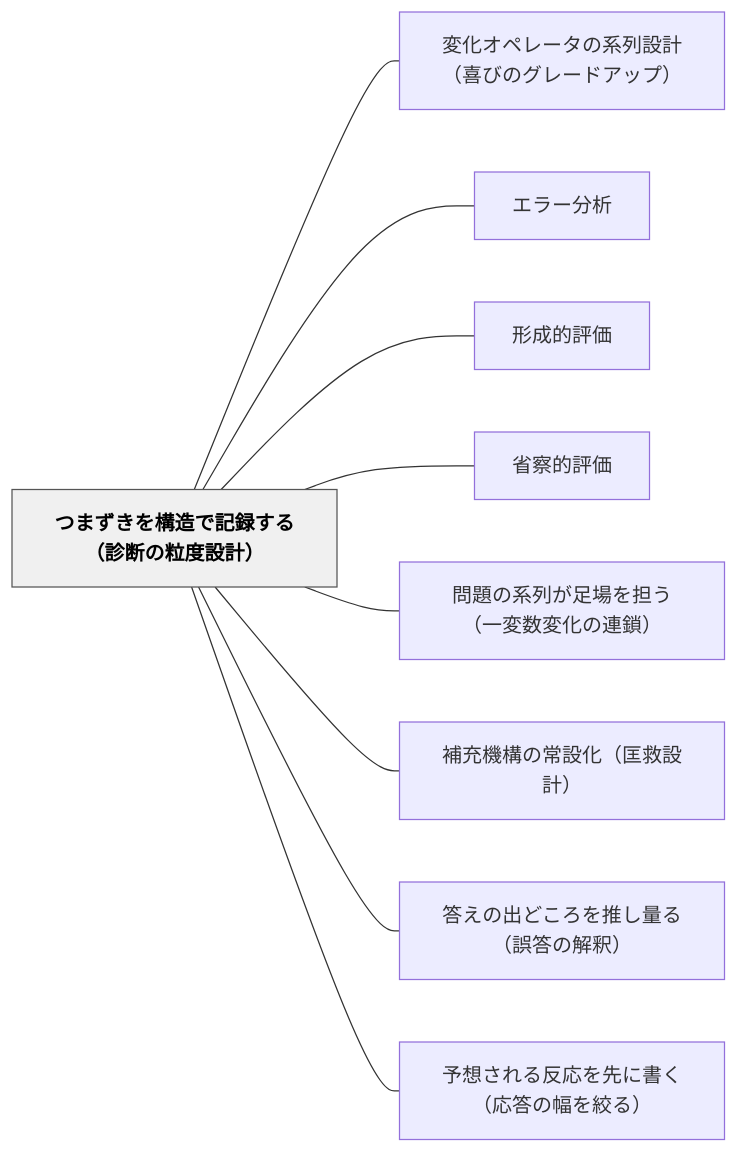
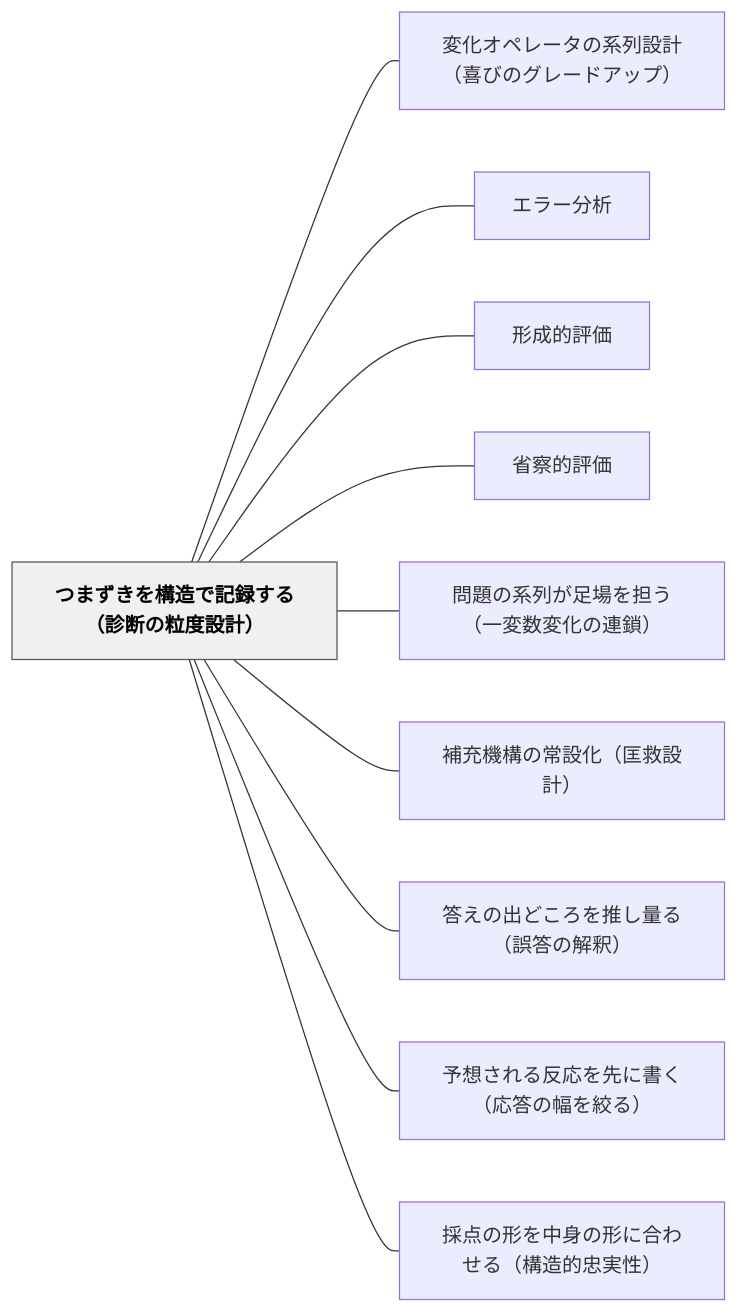
One commit to unknownthings-ed-patterns/unknownthings-ed-patterns changed the diagram in content/パタン/つまずきを構造で記録する（診断の粒度設計）.md. Above: the diagram before and after it, drawn with Mermaid. The commit also changed other lines of this file and 17 other files, not shown here.

````diff
--- a/content/パタン/つまずきを構造で記録する（診断の粒度設計）.md
+++ b/content/パタン/つまずきを構造で記録する（診断の粒度設計）.md
@@ -115,24 +117,26 @@
 ```mermaid
 flowchart LR
     ne381a4e381bee3819ae3818de38292e6a78be980a0e381a7e8a898e98cb2e38199e3828befbc88e8a8bae696ade381aee7b292e5baa6e8a8ade8a888efbc89["つまずきを構造で記録する（診断の粒度設計）"]
     ne5a489e58c96e382aae3839ae383ace383bce382bfe381aee7b3bbe58897e8a8ade8a888efbc88e5969ce381b3e381aee382b0e383ace383bce38389e382a2e38383e38397efbc89["変化オペレータの系列設計（喜びのグレードアップ）"]
     ne382a8e383a9e383bce58886e69e90["エラー分析"]
     ne5bda2e68890e79a84e8a995e4bea1["形成的評価"]
     ne79c81e5af9fe79a84e8a995e4bea1["省察的評価"]
     ne5958fe9a18ce381aee7b3bbe58897e3818ce8b6b3e5a0b4e38292e68b85e38186efbc88e4b880e5a489e695b0e5a489e58c96e381aee980a3e98e96efbc89["問題の系列が足場を担う（一変数変化の連鎖）"]
     ne8a39ce58585e6a99fe6a78be381aee5b8b8e8a8ade58c96efbc88e58ca1e69591e8a8ade8a888efbc89["補充機構の常設化（匡救設計）"]
     ne7ad94e38188e381aee587bae381a9e38193e3828de38292e68ea8e38197e9878fe3828befbc88e8aaa4e7ad94e381aee8a7a3e98788efbc89["答えの出どころを推し量る（誤答の解釈）"]
     ne4ba88e683b3e38195e3828ce3828be58f8de5bf9ce38292e58588e381abe69bb8e3818fefbc88e5bf9ce7ad94e381aee5b985e38292e7b59ee3828befbc89["予想される反応を先に書く（応答の幅を絞る）"]
+    ne68ea1e782b9e381aee5bda2e38292e4b8ade8baabe381aee5bda2e381abe59088e3828fe3819be3828befbc88e6a78be980a0e79a84e5bfa0e5ae9fe680a7efbc89["採点の形を中身の形に合わせる（構造的忠実性）"]
 
     ne381a4e381bee3819ae3818de38292e6a78be980a0e381a7e8a898e98cb2e38199e3828befbc88e8a8bae696ade381aee7b292e5baa6e8a8ade8a888efbc89 --- ne5a489e58c96e382aae3839ae383ace383bce382bfe381aee7b3bbe58897e8a8ade8a888efbc88e5969ce381b3e381aee382b0e383ace383bce38389e382a2e38383e38397efbc89
     ne381a4e381bee3819ae3818de38292e6a78be980a0e381a7e8a898e98cb2e38199e3828befbc88e8a8bae696ade381aee7b292e5baa6e8a8ade8a888efbc89 --- ne382a8e383a9e383bce58886e69e90
     ne381a4e381bee3819ae3818de38292e6a78be980a0e381a7e8a898e98cb2e38199e3828befbc88e8a8bae696ade381aee7b292e5baa6e8a8ade8a888efbc89 --- ne5bda2e68890e79a84e8a995e4bea1
     ne381a4e381bee3819ae3818de38292e6a78be980a0e381a7e8a898e98cb2e38199e3828befbc88e8a8bae696ade381aee7b292e5baa6e8a8ade8a888efbc89 --- ne79c81e5af9fe79a84e8a995e4bea1
     ne381a4e381bee3819ae3818de38292e6a78be980a0e381a7e8a898e98cb2e38199e3828befbc88e8a8bae696ade381aee7b292e5baa6e8a8ade8a888efbc89 --- ne5958fe9a18ce381aee7b3bbe58897e3818ce8b6b3e5a0b4e38292e68b85e38186efbc88e4b880e5a489e695b0e5a489e58c96e381aee980a3e98e96efbc89
     ne381a4e381bee3819ae3818de38292e6a78be980a0e381a7e8a898e98cb2e38199e3828befbc88e8a8bae696ade381aee7b292e5baa6e8a8ade8a888efbc89 --- ne8a39ce58585e6a99fe6a78be381aee5b8b8e8a8ade58c96efbc88e58ca1e69591e8a8ade8a888efbc89
     ne381a4e381bee3819ae3818de38292e6a78be980a0e381a7e8a898e98cb2e38199e3828befbc88e8a8bae696ade381aee7b292e5baa6e8a8ade8a888efbc89 --- ne7ad94e38188e381aee587bae381a9e38193e3828de38292e68ea8e38197e9878fe3828befbc88e8aaa4e7ad94e381aee8a7a3e98788efbc89
     ne381a4e381bee3819ae3818de38292e6a78be980a0e381a7e8a898e98cb2e38199e3828befbc88e8a8bae696ade381aee7b292e5baa6e8a8ade8a888efbc89 --- ne4ba88e683b3e38195e3828ce3828be58f8de5bf9ce38292e58588e381abe69bb8e3818fefbc88e5bf9ce7ad94e381aee5b985e38292e7b59ee3828befbc89
+    ne381a4e381bee3819ae3818de38292e6a78be980a0e381a7e8a898e98cb2e38199e3828befbc88e8a8bae696ade381aee7b292e5baa6e8a8ade8a888efbc89 --- ne68ea1e782b9e381aee5bda2e38292e4b8ade8baabe381aee5bda2e381abe59088e3828fe3819be3828befbc88e6a78be980a0e79a84e5bfa0e5ae9fe680a7efbc89
 
     classDef hub fill:#f0f0f0,stroke:#555,color:#000,font-weight:bold
     class ne381a4e381bee3819ae3818de38292e6a78be980a0e381a7e8a898e98cb2e38199e3828befbc88e8a8bae696ade381aee7b292e5baa6e8a8ade8a888efbc89 hub
 ```
````
